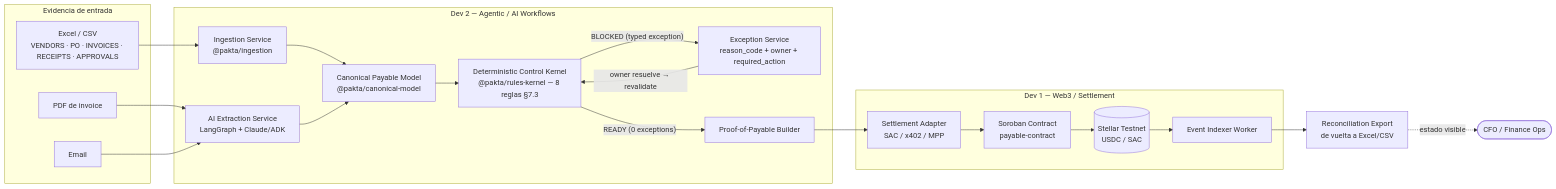
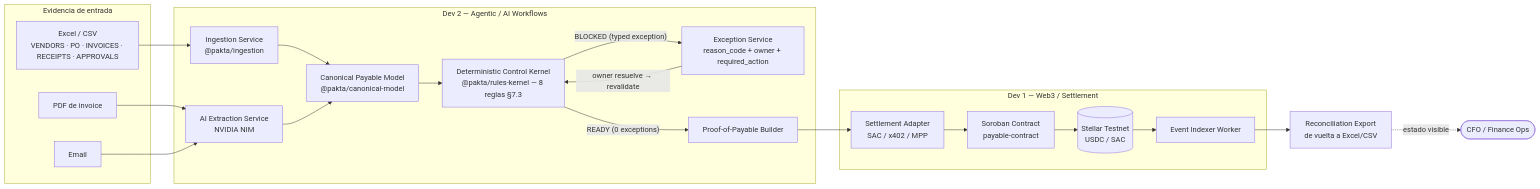
The third of 8 diagrams in docs/implementation/Pakta_Arquitectura_Flujo.md (devmondoss/pakta), drawn with Mermaid before and after one commit. The commit also changed other lines of this file and 98 other files, not shown here.

````diff
--- a/docs/implementation/Pakta_Arquitectura_Flujo.md
+++ b/docs/implementation/Pakta_Arquitectura_Flujo.md
@@ -141,39 +191,39 @@
 ```mermaid
 flowchart LR
     subgraph SRC["Evidencia de entrada"]
         A1[Excel / CSV<br/>VENDORS · PO · INVOICES · RECEIPTS · APPROVALS]
         A2[PDF de invoice]
         A3[Email]
     end
 
     subgraph DEV2["Dev 2 — Agentic / AI Workflows"]
         B["Ingestion Service<br/>@pakta/ingestion"]
-        C["AI Extraction Service<br/>LangGraph + Claude/ADK"]
+        C["AI Extraction Service<br/>NVIDIA NIM"]
         D["Canonical Payable Model<br/>@pakta/canonical-model"]
         E["Deterministic Control Kernel<br/>@pakta/rules-kernel — 8 reglas §7.3"]
         F["Exception Service<br/>reason_code + owner + required_action"]
         G["Proof-of-Payable Builder"]
     end
 
     subgraph DEV1["Dev 1 — Web3 / Settlement"]
         H["Settlement Adapter<br/>SAC / x402 / MPP"]
         I["Soroban Contract<br/>payable-contract"]
         J[("Stellar Testnet<br/>USDC / SAC")]
         K["Event Indexer Worker"]
     end
 
     L["Reconciliation Export<br/>de vuelta a Excel/CSV"]
 
     A1 --> B
     A2 --> C
     A3 --> C
     B --> D
     C --> D
     D --> E
     E -- "BLOCKED (typed exception)" --> F
     F -- "owner resuelve → revalidate" --> E
     E -- "READY (0 exceptions)" --> G
     G --> H --> I --> J
     J --> K --> L
     L -. "estado visible" .-> CFO(["CFO / Finance Ops"])
 ```
````
